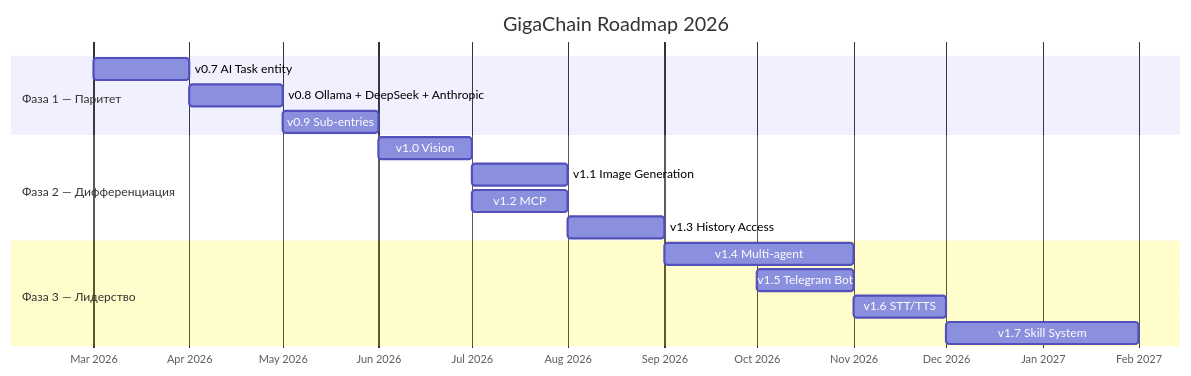
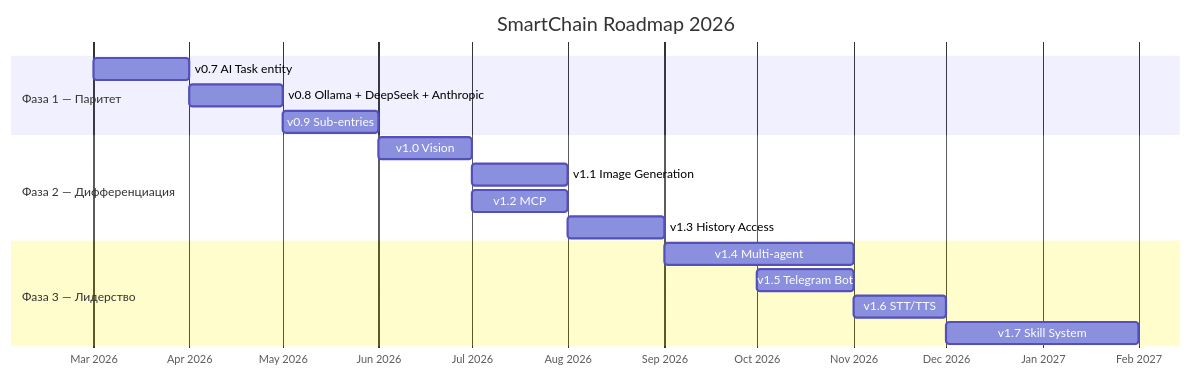
Before and after one commit to dzerik/ha-smartchain: the second of 2 diagrams in docs/ROADMAP.md, drawn with Mermaid. The commit also changed other lines of this file and 2 other files, not shown here.

First line of the commit message:
docs: update all documentation for SmartChain rename

````diff
--- a/docs/ROADMAP.md
+++ b/docs/ROADMAP.md
@@ -349,23 +349,23 @@
 ```mermaid
 gantt
-    title GigaChain Roadmap 2026
+    title SmartChain Roadmap 2026
     dateFormat  YYYY-MM
     axisFormat  %b %Y
 
     section Фаза 1 — Паритет
     v0.7 AI Task entity              :a1, 2026-03, 2026-04
     v0.8 Ollama + DeepSeek + Anthropic :a2, 2026-04, 2026-05
     v0.9 Sub-entries                  :a3, 2026-05, 2026-06
 
     section Фаза 2 — Дифференциация
     v1.0 Vision                      :b1, 2026-06, 2026-07
     v1.1 Image Generation            :b2, 2026-07, 2026-08
     v1.2 MCP                         :b3, 2026-07, 2026-08
     v1.3 History Access              :b4, 2026-08, 2026-09
 
     section Фаза 3 — Лидерство
     v1.4 Multi-agent                 :c1, 2026-09, 2026-11
     v1.5 Telegram Bot                :c2, 2026-10, 2026-11
     v1.6 STT/TTS                     :c3, 2026-11, 2026-12
     v1.7 Skill System                :c4, 2026-12, 2027-02
 ```
````
